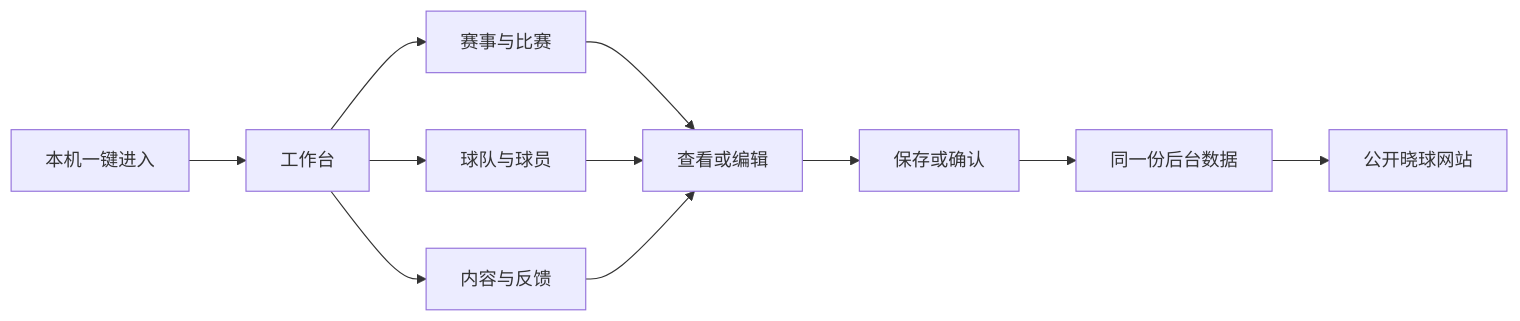
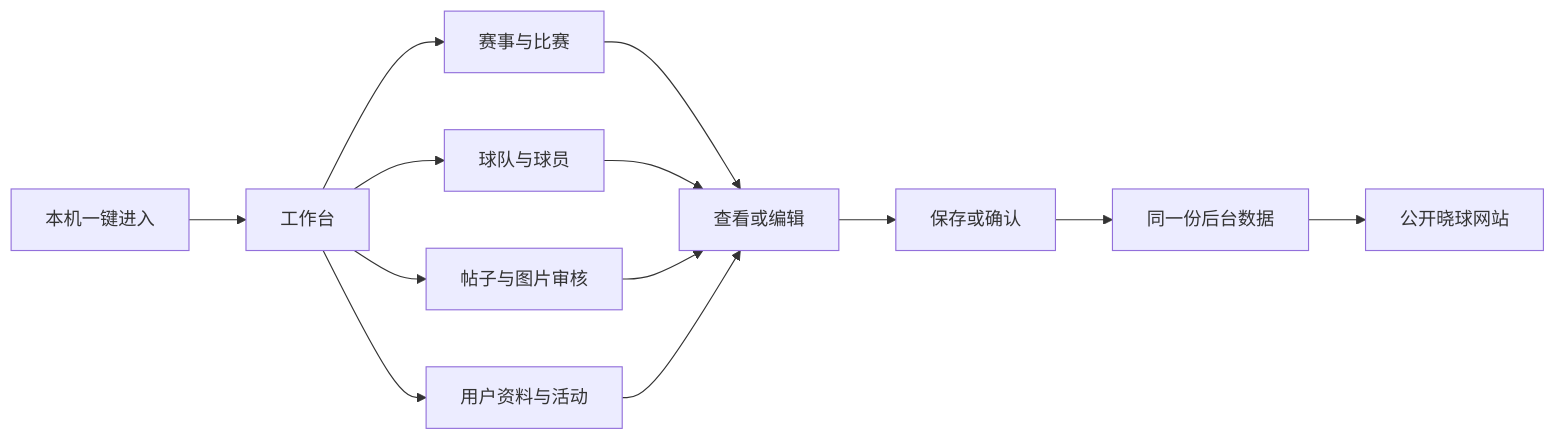
One commit to mqhphysics/xiaoqiu changed the diagram in docs/guides/晓球管理中心使用与设计说明.md. Above: the diagram before and after it, drawn with Mermaid. The commit also changed other lines of this file and 29 other files, not shown here.

````diff
--- a/docs/guides/晓球管理中心使用与设计说明.md
+++ b/docs/guides/晓球管理中心使用与设计说明.md
@@ -17,13 +17,15 @@
 ```mermaid
 flowchart LR
   A[本机一键进入] --> B[工作台]
   B --> C[赛事与比赛]
   B --> D[球队与球员]
-  B --> E[内容与反馈]
+  B --> E[帖子与图片审核]
+  B --> J[用户资料与活动]
   C --> F[查看或编辑]
   D --> F
   E --> F
+  J --> F
   F --> G[保存或确认]
   G --> H[同一份后台数据]
   H --> I[公开晓球网站]
 ```
````
